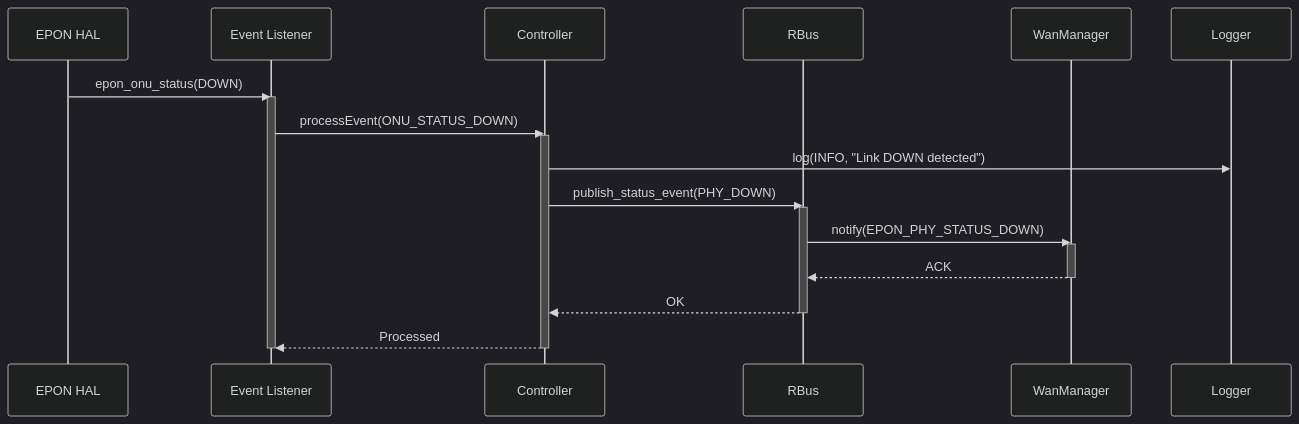
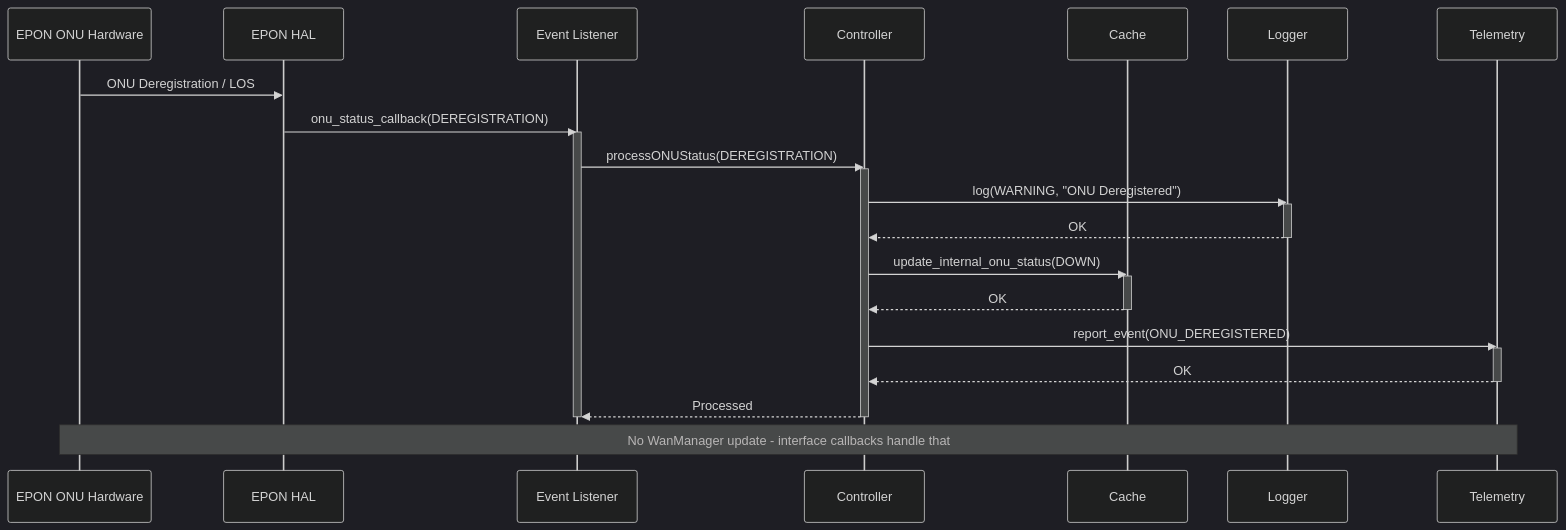
The fifth of 10 diagrams in design_docs/04_Sequence_Diagrams.md (rdkcentral/epon-manager), drawn with Mermaid (dark theme) before and after one commit. The commit also changed other lines of this file and 3 other files, not shown here.

First line of the commit message:
refactor: Update design docs for callback-based HAL architecture

````diff
--- a/design_docs/04_Sequence_Diagrams.md
+++ b/design_docs/04_Sequence_Diagrams.md
@@ -124,30 +233,39 @@
 ```mermaid
 sequenceDiagram
+    participant HW as EPON ONU Hardware
     participant HAL as EPON HAL
     participant EventL as Event Listener
     participant Controller
-    participant RBus
-    participant WanMgr as WanManager
+    participant Cache
     participant Logger
+    participant Telem as Telemetry
     
-    HAL->>EventL: epon_onu_status(DOWN)
+    HW->>HAL: ONU Deregistration / LOS
+    
+    HAL->>EventL: onu_status_callback(DEREGISTRATION)
     activate EventL
     
-    EventL->>Controller: processEvent(ONU_STATUS_DOWN)
+    EventL->>Controller: processONUStatus(DEREGISTRATION)
     activate Controller
     
-    Controller->>Logger: log(INFO, "Link DOWN detected")
+    Controller->>Logger: log(WARNING, "ONU Deregistered")
+    activate Logger
+    Logger-->>Controller: OK
+    deactivate Logger
     
-    Controller->>RBus: publish_status_event(PHY_DOWN)
-    activate RBus
-    RBus->>WanMgr: notify(EPON_PHY_STATUS_DOWN)
-    activate WanMgr
-    WanMgr-->>RBus: ACK
-    deactivate WanMgr
-    RBus-->>Controller: OK
-    deactivate RBus
+    Controller->>Cache: update_internal_onu_status(DOWN)
+    activate Cache
+    Cache-->>Controller: OK
+    deactivate Cache
+    
+    Controller->>Telem: report_event(ONU_DEREGISTERED)
+    activate Telem
+    Telem-->>Controller: OK
+    deactivate Telem
     
     Controller-->>EventL: Processed
     deactivate Controller
     deactivate EventL
+    
+    Note over HW,Telem: No WanManager update - interface callbacks handle that
 ```
````
